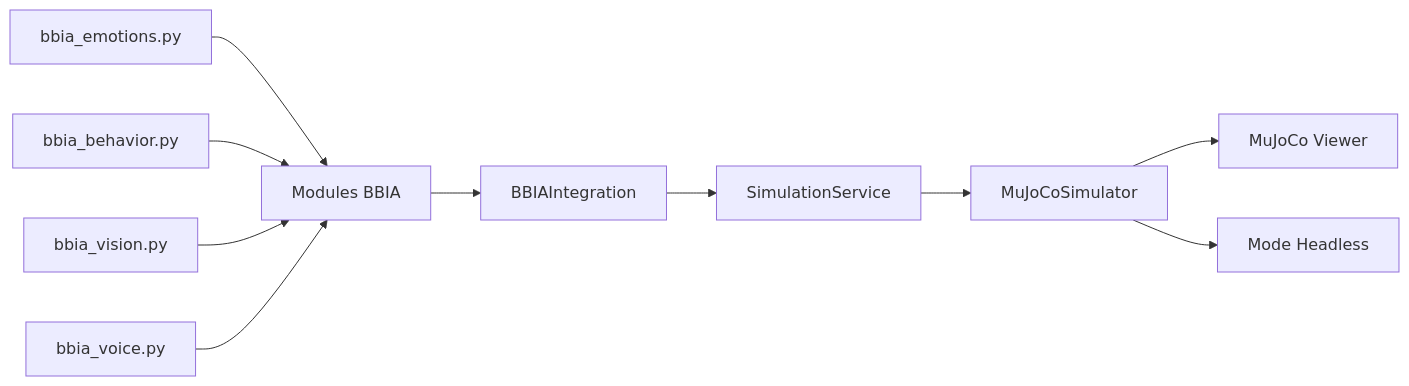
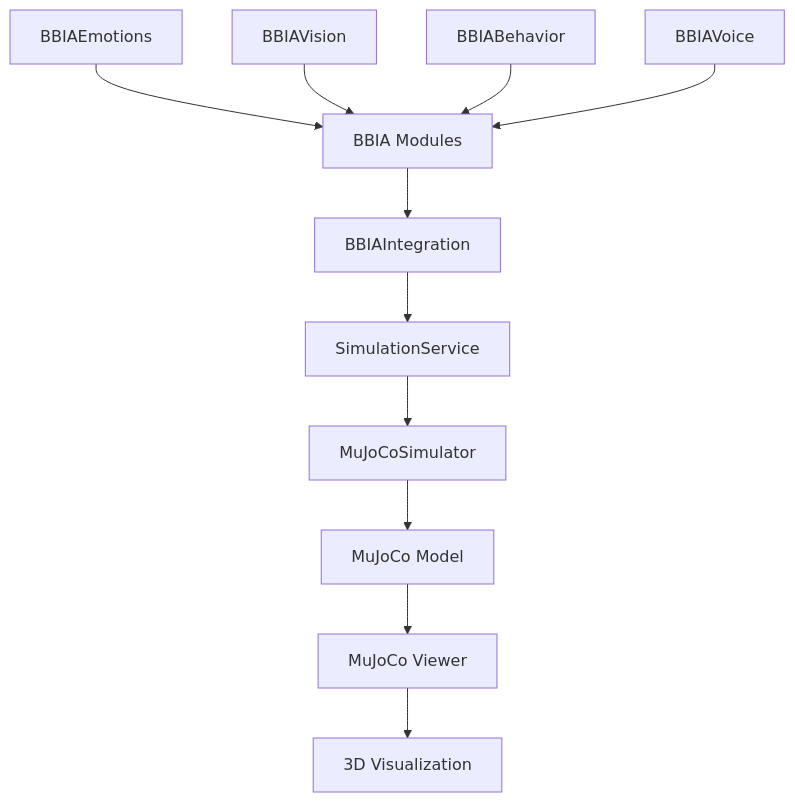
One commit to arkalia-luna-system/bbia-sim changed the diagram in docs/audit/AUDIT_3D_BBIA.md. Above: the diagram before and after it, drawn with Mermaid. The commit also changed other lines of this file and 8 other files, not shown here.

````diff
--- a/docs/audit/AUDIT_3D_BBIA.md
+++ b/docs/audit/AUDIT_3D_BBIA.md
@@ -91,13 +84,14 @@
 ```mermaid
-graph LR
-    A[Modules BBIA] --> B[BBIAIntegration]
+graph TD
+    A[BBIA Modules] --> B[BBIAIntegration]
     B --> C[SimulationService]
     C --> D[MuJoCoSimulator]
-    D --> E[MuJoCo Viewer]
-    D --> F[Mode Headless]
+    D --> E[MuJoCo Model]
+    E --> F[MuJoCo Viewer]
+    F --> G[3D Visualization]
     
-    G[bbia_emotions.py] --> A
-    H[bbia_behavior.py] --> A
-    I[bbia_vision.py] --> A
-    J[bbia_voice.py] --> A
+    H[BBIAEmotions] --> A
+    I[BBIAVision] --> A
+    J[BBIABehavior] --> A
+    K[BBIAVoice] --> A
 ```
````
